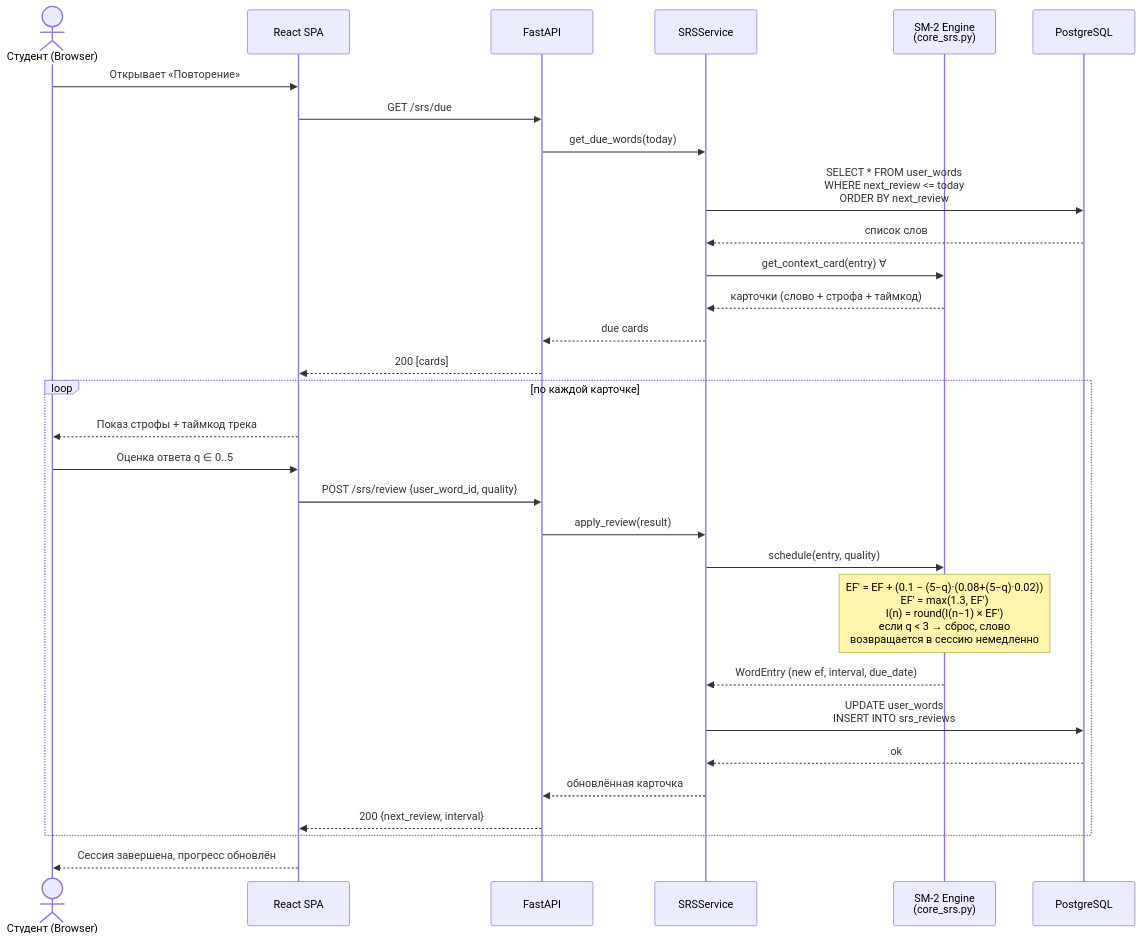
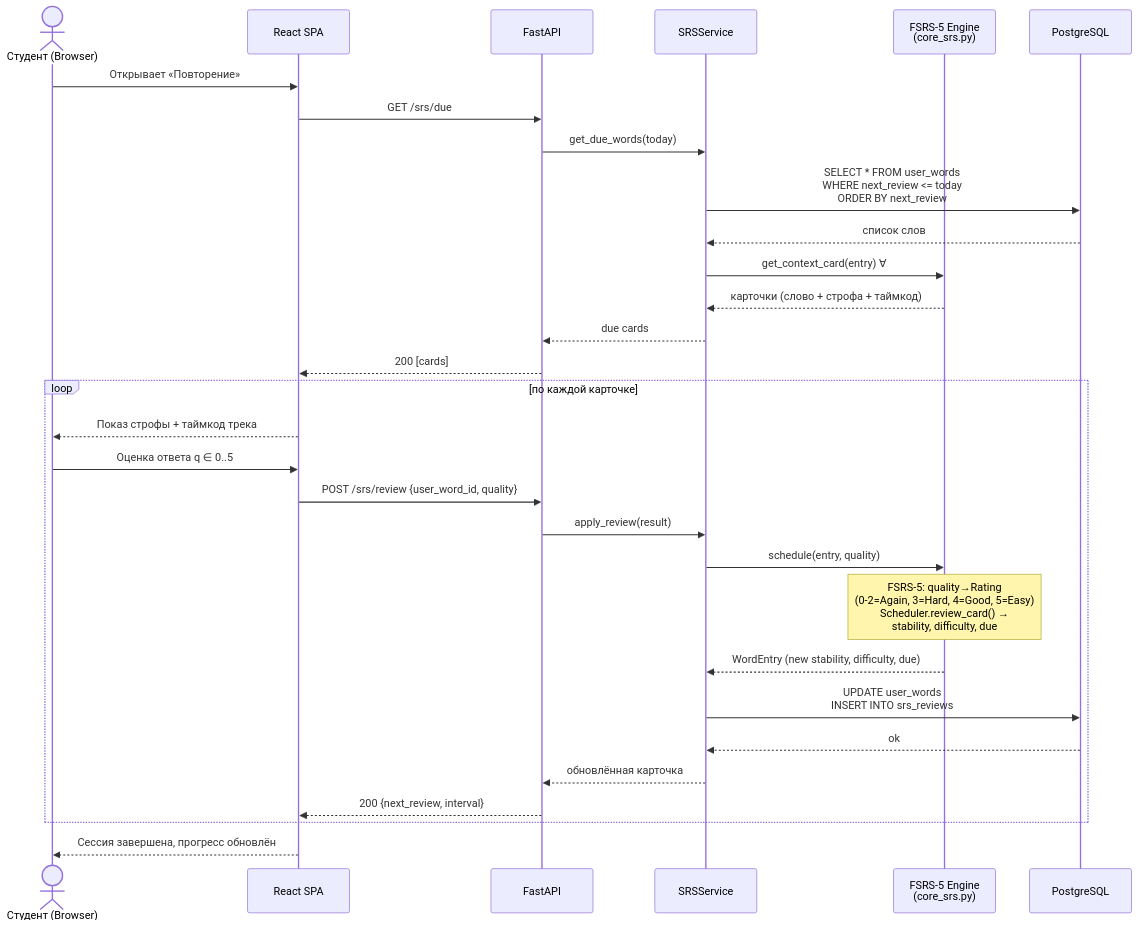
Before and after one commit to Have-A-Cigar/linguabeat: the fourth of 7 diagrams in docs/ARCHITECTURE.md, drawn with Mermaid. The commit also changed other lines of this file and 2 other files, not shown here.

First line of the commit message:
docs: fix SM-2 references to FSRS-5, clean up descriptions

````diff
--- a/docs/ARCHITECTURE.md
+++ b/docs/ARCHITECTURE.md
@@ -253,34 +253,34 @@
 ```mermaid
 sequenceDiagram
     actor U as Студент (Browser)
     participant FE as React SPA
     participant API as FastAPI
     participant SVC as SRSService
-    participant SRS as SM-2 Engine<br/>(core_srs.py)
+    participant SRS as FSRS-5 Engine<br/>(core_srs.py)
     participant DB as PostgreSQL
 
     U->>FE: Открывает «Повторение»
     FE->>API: GET /srs/due
     API->>SVC: get_due_words(today)
     SVC->>DB: SELECT * FROM user_words<br/>WHERE next_review <= today<br/>ORDER BY next_review
     DB-->>SVC: список слов
     SVC->>SRS: get_context_card(entry) ∀
     SRS-->>SVC: карточки (слово + строфа + таймкод)
     SVC-->>API: due cards
     API-->>FE: 200 [cards]
 
     loop по каждой карточке
         FE-->>U: Показ строфы + таймкод трека
         U->>FE: Оценка ответа q ∈ 0..5
         FE->>API: POST /srs/review {user_word_id, quality}
         API->>SVC: apply_review(result)
         SVC->>SRS: schedule(entry, quality)
-        Note over SRS: EF' = EF + (0.1 − (5−q)·(0.08+(5−q)·0.02))<br/>EF' = max(1.3, EF')<br/>I(n) = round(I(n−1) × EF')<br/>если q < 3 → сброс, слово<br/>возвращается в сессию немедленно
-        SRS-->>SVC: WordEntry (new ef, interval, due_date)
+        Note over SRS: FSRS-5: quality→Rating<br/>(0-2=Again, 3=Hard, 4=Good, 5=Easy)<br/>Scheduler.review_card() →<br/>stability, difficulty, due
+        SRS-->>SVC: WordEntry (new stability, difficulty, due)
         SVC->>DB: UPDATE user_words<br/>INSERT INTO srs_reviews
         DB-->>SVC: ok
         SVC-->>API: обновлённая карточка
         API-->>FE: 200 {next_review, interval}
     end
     FE-->>U: Сессия завершена, прогресс обновлён
 ```
````
